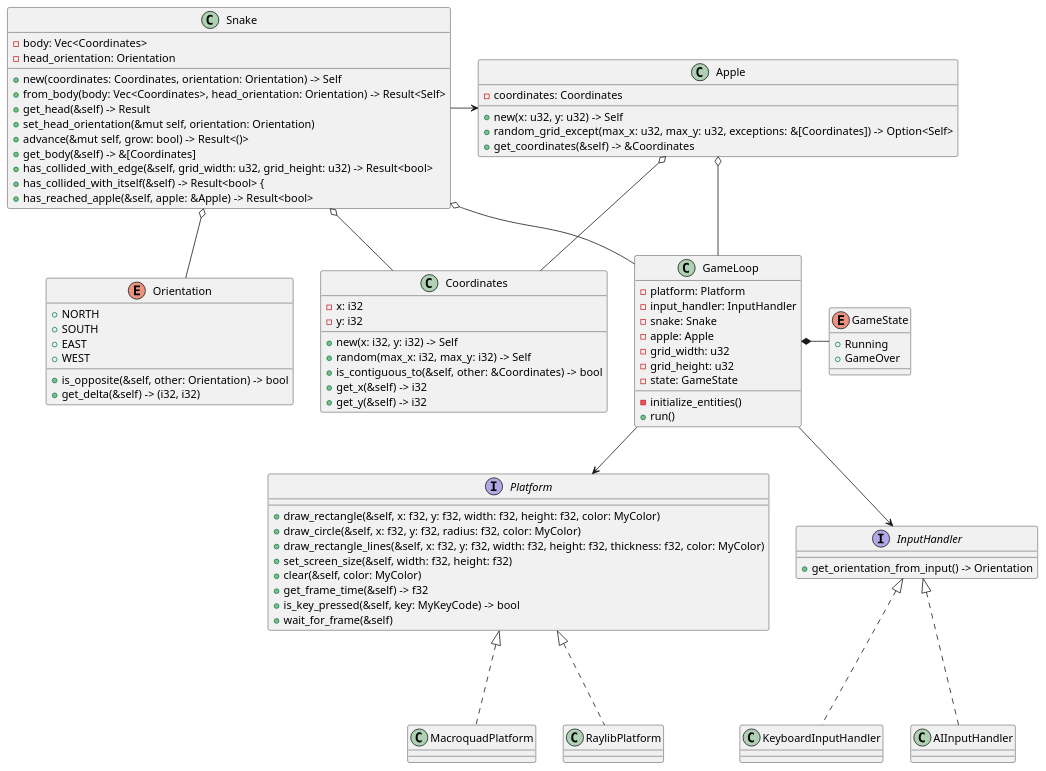
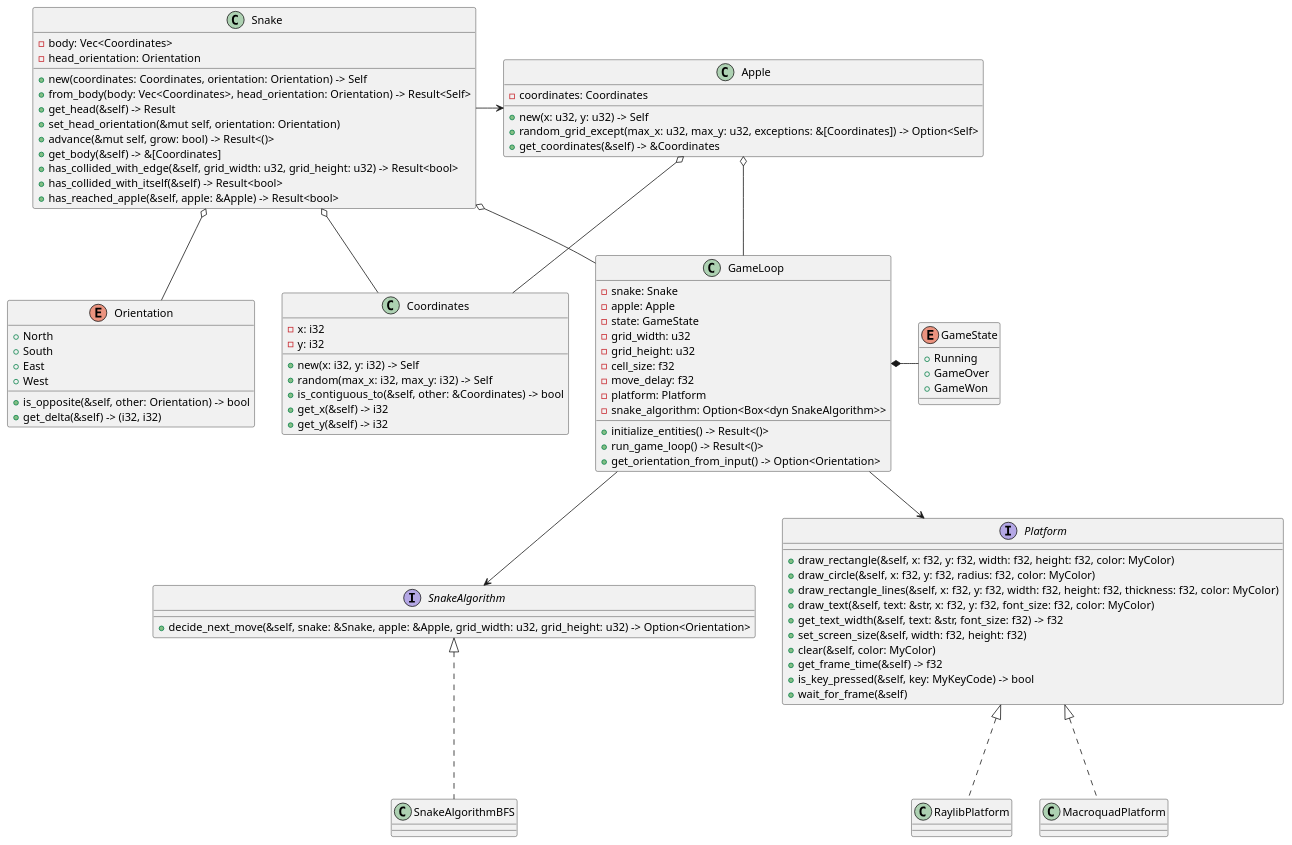
Before and after one commit to jmihali/snake-rust: the diagram in docs/diagrams/src/class_diagram.wsd, drawn with PlantUML.

Commit message:
docs: fix class diagram

```diff
--- a/docs/diagrams/src/class_diagram.wsd
+++ b/docs/diagrams/src/class_diagram.wsd
@@ -1,95 +1,97 @@
 @startuml joan
 
 Class Snake {
 - body: Vec<Coordinates>
 - head_orientation: Orientation
 + new(coordinates: Coordinates, orientation: Orientation) -> Self
 + from_body(body: Vec<Coordinates>, head_orientation: Orientation) -> Result<Self>
 + get_head(&self) -> Result<&Coordinates>
-+ set_head_orientation(&mut self, orientation: Orientation) 
++ set_head_orientation(&mut self, orientation: Orientation)
 + advance(&mut self, grow: bool) -> Result<()>
 + get_body(&self) -> &[Coordinates]
 + has_collided_with_edge(&self, grid_width: u32, grid_height: u32) -> Result<bool>
-+ has_collided_with_itself(&self) -> Result<bool> {
++ has_collided_with_itself(&self) -> Result<bool>
 + has_reached_apple(&self, apple: &Apple) -> Result<bool>
 }
 
 Class Apple {
 - coordinates: Coordinates
 + new(x: u32, y: u32) -> Self
 + random_grid_except(max_x: u32, max_y: u32, exceptions: &[Coordinates]) -> Option<Self>
 + get_coordinates(&self) -> &Coordinates
 }
 
 Class Coordinates {
 - x: i32
 - y: i32
 + new(x: i32, y: i32) -> Self
 + random(max_x: i32, max_y: i32) -> Self
 + is_contiguous_to(&self, other: &Coordinates) -> bool
 + get_x(&self) -> i32
 + get_y(&self) -> i32
 }
 
 Enum Orientation {
-    + NORTH
-    + SOUTH
-    + EAST
-    + WEST
+    + North
+    + South
+    + East
+    + West
     + is_opposite(&self, other: Orientation) -> bool
     + get_delta(&self) -> (i32, i32)
 }
 
 Class GameLoop {
-- platform: Platform
-- input_handler: InputHandler
 - snake: Snake
 - apple: Apple
+- state: GameState
 - grid_width: u32
 - grid_height: u32
-- state: GameState
-- initialize_entities()
-+ run()
+- cell_size: f32
+- move_delay: f32
+- platform: Platform
+- snake_algorithm: Option<Box<dyn SnakeAlgorithm>>
++ initialize_entities() -> Result<()>
++ run_game_loop() -> Result<()>
++ get_orientation_from_input() -> Option<Orientation>
 }
 
 Enum GameState {
     + Running
     + GameOver
+    + GameWon
 }
 
 Interface Platform {
 + draw_rectangle(&self, x: f32, y: f32, width: f32, height: f32, color: MyColor)
 + draw_circle(&self, x: f32, y: f32, radius: f32, color: MyColor)
 + draw_rectangle_lines(&self, x: f32, y: f32, width: f32, height: f32, thickness: f32, color: MyColor)
++ draw_text(&self, text: &str, x: f32, y: f32, font_size: f32, color: MyColor)
++ get_text_width(&self, text: &str, font_size: f32) -> f32
 + set_screen_size(&self, width: f32, height: f32)
 + clear(&self, color: MyColor)
 + get_frame_time(&self) -> f32
 + is_key_pressed(&self, key: MyKeyCode) -> bool
 + wait_for_frame(&self)
 }
 
-Interface InputHandler {
-+ get_orientation_from_input() -> Orientation
+Interface SnakeAlgorithm {
++ decide_next_move(&self, snake: &Snake, apple: &Apple, grid_width: u32, grid_height: u32) -> Option<Orientation>
 }
 
 Snake -> Apple
 Snake o-- Coordinates
 Snake o-- Orientation
 Apple o- Coordinates
 
 GameLoop -up-o Snake
 GameLoop -up-o Apple
-
 GameLoop -down-> Platform
-GameLoop -down-> InputHandler
-
+GameLoop -down-> SnakeAlgorithm
 GameLoop *-right- GameState
-Platform -right[hidden]- InputHandler
 
 MacroquadPlatform -up..|> Platform
 RaylibPlatform -up..|> Platform
 
-KeyboardInputHandler -up..|> InputHandler
-AIInputHandler -up..|> InputHandler
+SnakeAlgorithmBFS -up..|> SnakeAlgorithm
 
 @enduml
```
